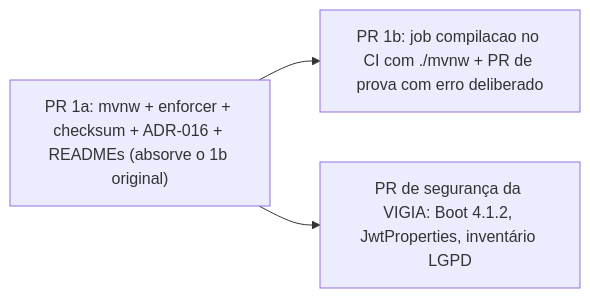
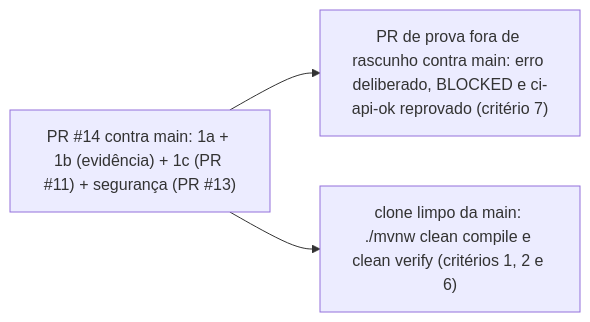
The diagram in docs/architecture/adr/ADR-016-fixar-jdk-21-no-build-com-enforcer-e-maven-wrapper.md (Leticia-Emily-Moraes/mecanica-sao-jorge), drawn with Mermaid before and after one commit. The commit also changed other lines of this file, not shown here.

First line of the commit message:
docs(architecture): revalidar ADR-016 na main 348a43e e fechar cortes da etapa 1

````diff
--- a/docs/architecture/adr/ADR-016-fixar-jdk-21-no-build-com-enforcer-e-maven-wrapper.md
+++ b/docs/architecture/adr/ADR-016-fixar-jdk-21-no-build-com-enforcer-e-maven-wrapper.md
@@ -137,5 +158,5 @@
 ```mermaid
 flowchart LR
-  PR1a["PR 1a: mvnw + enforcer + checksum + ADR-016 + READMEs (absorve o 1b original)"] --> PR1b["PR 1b: job compilacao no CI com ./mvnw + PR de prova com erro deliberado"]
-  PR1a --> SEC["PR de segurança da VIGIA: Boot 4.1.2, JwtProperties, inventário LGPD"]
+  PR14["PR #14 contra main: 1a + 1b (evidência) + 1c (PR #11) + segurança (PR #13)"] --> PROVA["PR de prova fora de rascunho contra main: erro deliberado, BLOCKED e ci-api-ok reprovado (critério 7)"]
+  PR14 --> CLONE["clone limpo da main: ./mvnw clean compile e clean verify (critérios 1, 2 e 6)"]
 ```
````
